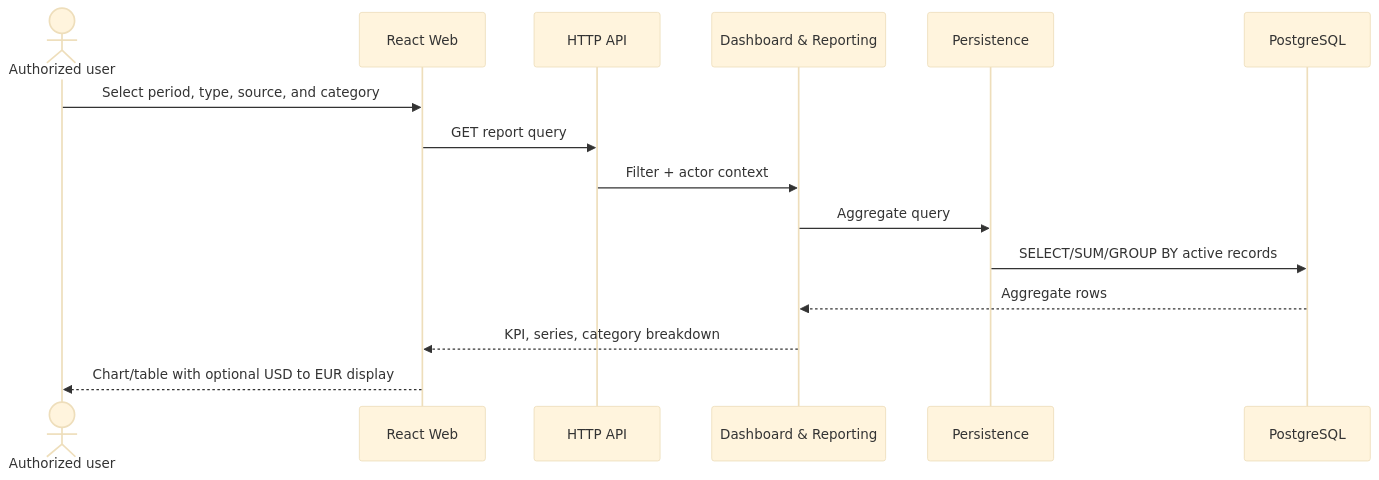
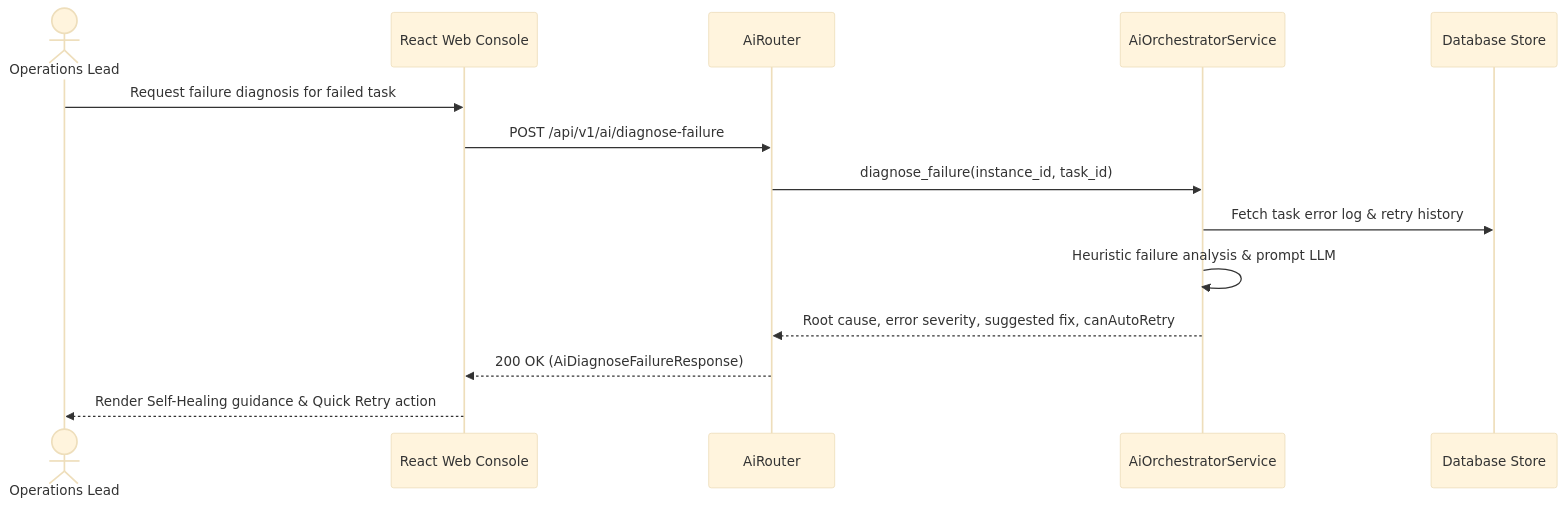
One commit to AnCoder1310/FlowForge changed the fourth of 4 diagrams in docs/architecture/arc42/06-runtime-view.md. Above: the diagram before and after it, drawn with Mermaid (base theme). The commit also changed other lines of this file and 25 other files, not shown here.

Commit message:
feat: complete FlowForge DWOP OpenAPI 3.1, Arc42 architecture, and Developer Console branding

````diff
--- a/docs/architecture/arc42/06-runtime-view.md
+++ b/docs/architecture/arc42/06-runtime-view.md
@@ -86,17 +80,16 @@
 ```mermaid
 sequenceDiagram
-    actor U as Authorized user
-    participant W as React Web
-    participant A as HTTP API
-    participant Q as Dashboard & Reporting
-    participant R as Persistence
-    participant D as PostgreSQL
-    U->>W: Select period, type, source, and category
-    W->>A: GET report query
-    A->>Q: Filter + actor context
-    Q->>R: Aggregate query
-    R->>D: SELECT/SUM/GROUP BY active records
-    D-->>Q: Aggregate rows
-    Q-->>W: KPI, series, category breakdown
-    W-->>U: Chart/table with optional USD to EUR display
+    actor Op as Operations Lead
+    participant W as React Web Console
+    participant A as AiRouter
+    participant AI as AiOrchestratorService
+    participant D as Database Store
+    Op->>W: Request failure diagnosis for failed task
+    W->>A: POST /api/v1/ai/diagnose-failure
+    A->>AI: diagnose_failure(instance_id, task_id)
+    AI->>D: Fetch task error log & retry history
+    AI->>AI: Heuristic failure analysis & prompt LLM
+    AI-->>A: Root cause, error severity, suggested fix, canAutoRetry
+    A-->>W: 200 OK (AiDiagnoseFailureResponse)
+    W-->>Op: Render Self-Healing guidance & Quick Retry action
 ```
````
